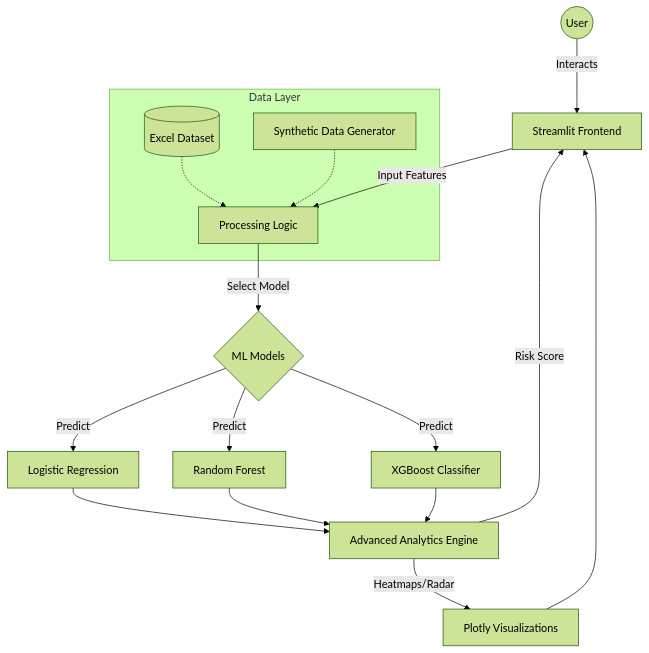
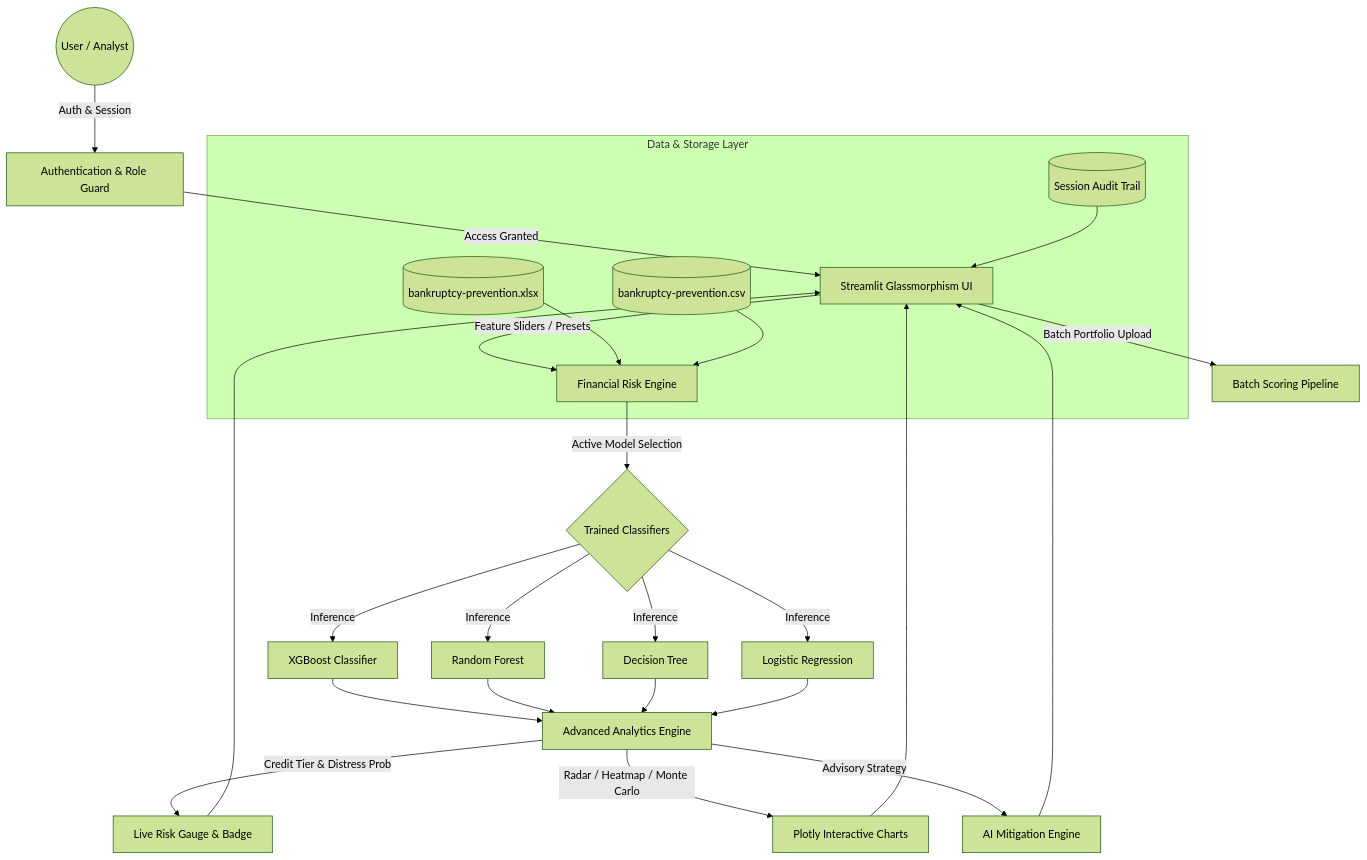
One commit to sujal971/FinShield changed the diagram in README.md. Above: the diagram before and after it, drawn with Mermaid (forest theme). The commit also changed other lines of this file and 5 other files, not shown here.

Commit message:
Fix project runtime issues, add multi-role authentication system, enhance glassmorphism UI, add batch scoring & credit ratings, and update docs.

````diff
--- a/README.md
+++ b/README.md
@@ -16,22 +18,33 @@
 ```mermaid
 graph TD
-    User((User)) -->|Interacts| UI[Streamlit Frontend]
-    UI -->|Input Features| Engine[Processing Logic]
-    Engine -->|Select Model| Models{ML Models}
-    Models -->|Predict| XGB[XGBoost Classifier]
-    Models -->|Predict| RF[Random Forest]
-    Models -->|Predict| LR[Logistic Regression]
+    User((User / Analyst)) -->|Auth & Session| Login[Authentication & Role Guard]
+    Login -->|Access Granted| UI[Streamlit Glassmorphism UI]
+    
+    UI -->|Feature Sliders / Presets| Engine[Financial Risk Engine]
+    UI -->|Batch Portfolio Upload| Batch[Batch Scoring Pipeline]
+    
+    Engine -->|Active Model Selection| Models{Trained Classifiers}
+    Models -->|Inference| XGB[XGBoost Classifier]
+    Models -->|Inference| RF[Random Forest]
+    Models -->|Inference| DT[Decision Tree]
+    Models -->|Inference| LR[Logistic Regression]
     
     XGB --> Analytics[Advanced Analytics Engine]
     RF --> Analytics
+    DT --> Analytics
     LR --> Analytics
     
-    Analytics -->|Heatmaps/Radar| Plotly[Plotly Visualizations]
-    Analytics -->|Risk Score| UI
+    Analytics -->|Credit Tier & Distress Prob| Gauge[Live Risk Gauge & Badge]
+    Analytics -->|Radar / Heatmap / Monte Carlo| Plotly[Plotly Interactive Charts]
+    Analytics -->|Advisory Strategy| Advisor[AI Mitigation Engine]
+    
+    Gauge --> UI
     Plotly --> UI
+    Advisor --> UI
     
-    subgraph Data Layer
-        Excel[(Excel Dataset)] -.-> Engine
-        Synth[Synthetic Data Generator] -.-> Engine
+    subgraph Data & Storage Layer
+        Excel[(bankruptcy-prevention.xlsx)] --> Engine
+        CSV[(bankruptcy-prevention.csv)] --> Engine
+        History[(Session Audit Trail)] --> UI
     end
 ```
````
